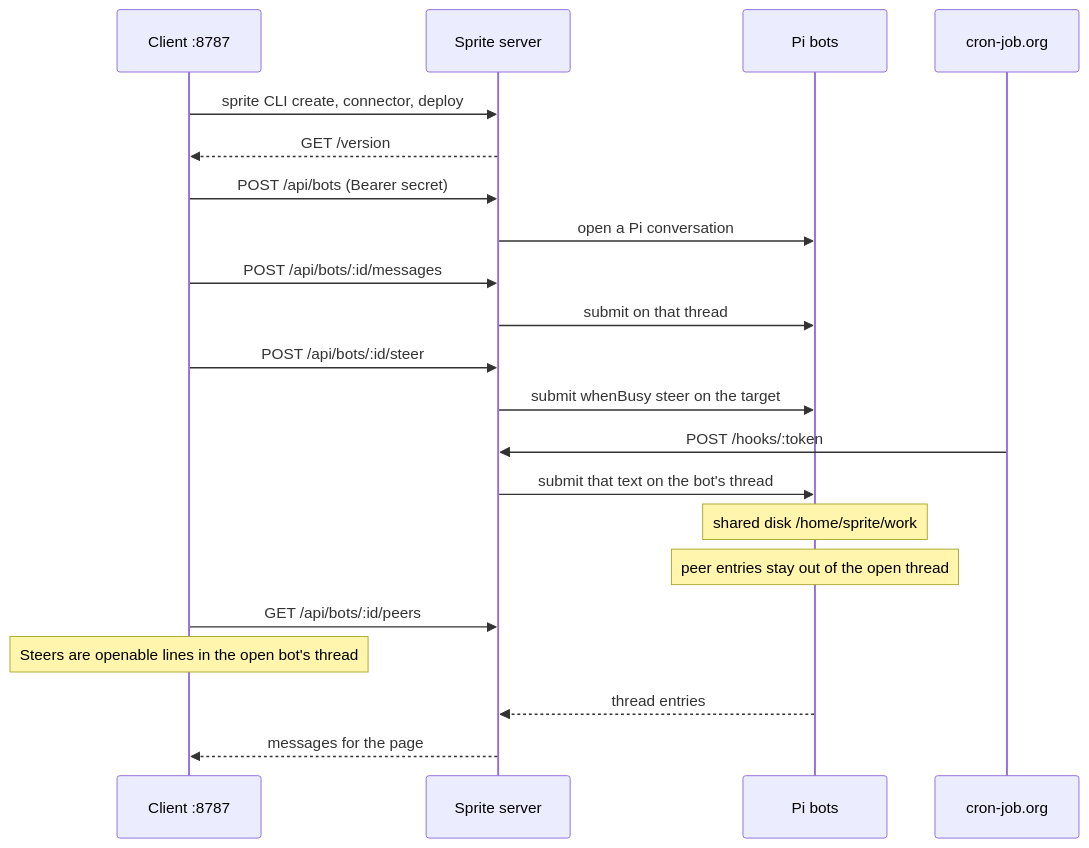
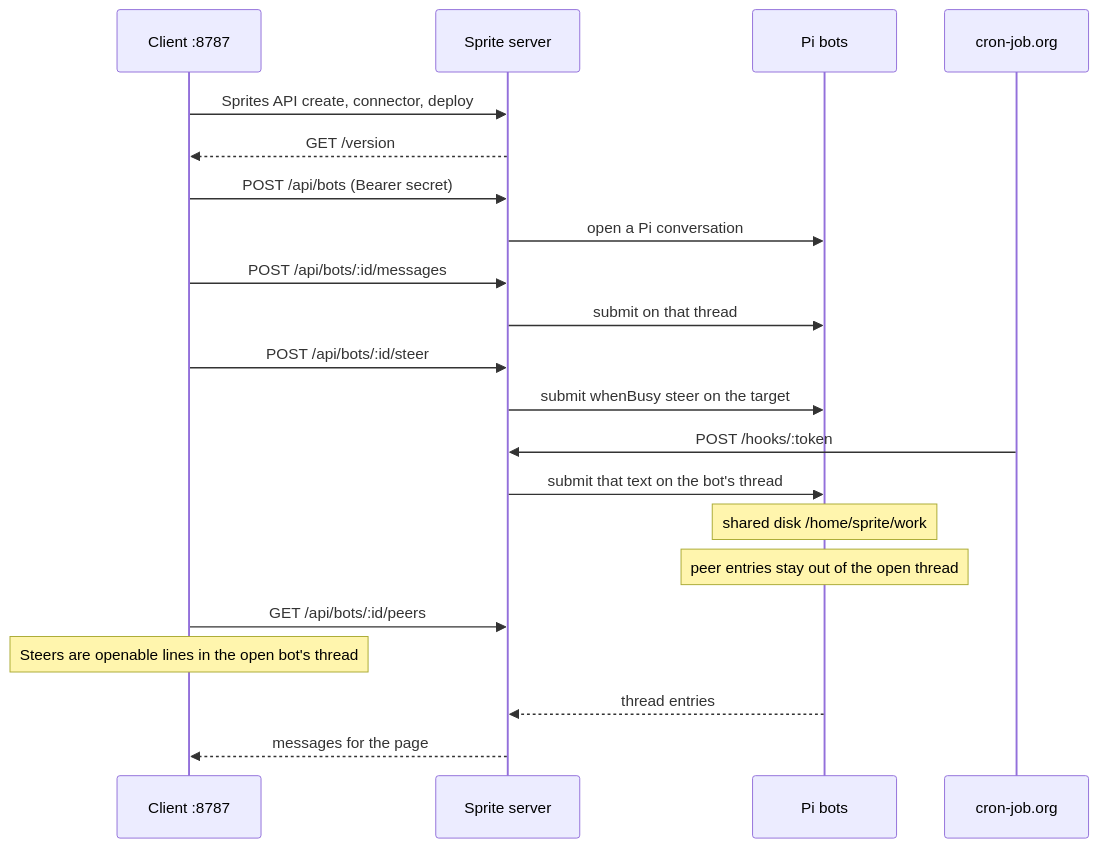
Before and after one commit to richardanaya/pi-orbs: the diagram in docs/architecture.md, drawn with Mermaid. The commit also changed other lines of this file and 14 other files, not shown here.

First line of the commit message:
Use the Sprites HTTP API, and give each bot a soft animated pi-face.

````diff
--- a/docs/architecture.md
+++ b/docs/architecture.md
@@ -152,23 +154,23 @@
 ```mermaid
 sequenceDiagram
   participant Client as Client :8787
   participant Sprite as Sprite server
   participant Bots as Pi bots
   participant Cron as cron-job.org
-  Client->>Sprite: sprite CLI create, connector, deploy
+  Client->>Sprite: Sprites API create, connector, deploy
   Sprite-->>Client: GET /version
   Client->>Sprite: POST /api/bots (Bearer secret)
   Sprite->>Bots: open a Pi conversation
   Client->>Sprite: POST /api/bots/:id/messages
   Sprite->>Bots: submit on that thread
   Client->>Sprite: POST /api/bots/:id/steer
   Sprite->>Bots: submit whenBusy steer on the target
   Cron->>Sprite: POST /hooks/:token
   Sprite->>Bots: submit that text on the bot's thread
   Note over Bots: shared disk /home/sprite/work
   Note over Bots: peer entries stay out of the open thread
   Client->>Sprite: GET /api/bots/:id/peers
   Note over Client: Steers are openable lines in the open bot's thread
   Bots-->>Sprite: thread entries
   Sprite-->>Client: messages for the page
 ```
````
